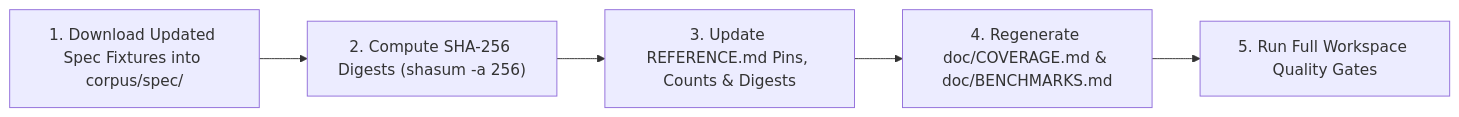
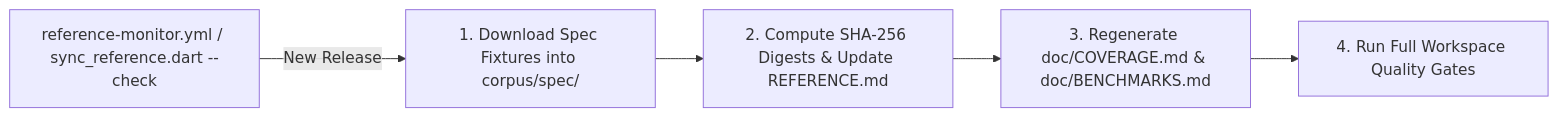
The diagram in doc/REFERENCE_SYNC.md (tkinnis/markdown_engine), drawn with Mermaid before and after one commit. The commit also changed other lines of this file and 31 other files, not shown here.

````diff
--- a/doc/REFERENCE_SYNC.md
+++ b/doc/REFERENCE_SYNC.md
@@ -36,7 +53,7 @@
 ```mermaid
 flowchart LR
-  Download["1. Download Updated Spec Fixtures into corpus/spec/"] --> Hash["2. Compute SHA-256 Digests (shasum -a 256)"]
-  Hash --> Ref["3. Update REFERENCE.md Pins, Counts & Digests"]
-  Ref --> Regen["4. Regenerate doc/COVERAGE.md & doc/BENCHMARKS.md"]
-  Regen --> Gates["5. Run Full Workspace Quality Gates"]
+  Check["reference-monitor.yml / sync_reference.dart --check"] -->|"New Release"| Download["1. Download Spec Fixtures into corpus/spec/"]
+  Download --> Hash["2. Compute SHA-256 Digests & Update REFERENCE.md"]
+  Hash --> Regen["3. Regenerate doc/COVERAGE.md & doc/BENCHMARKS.md"]
+  Regen --> Gates["4. Run Full Workspace Quality Gates"]
 ```
````
